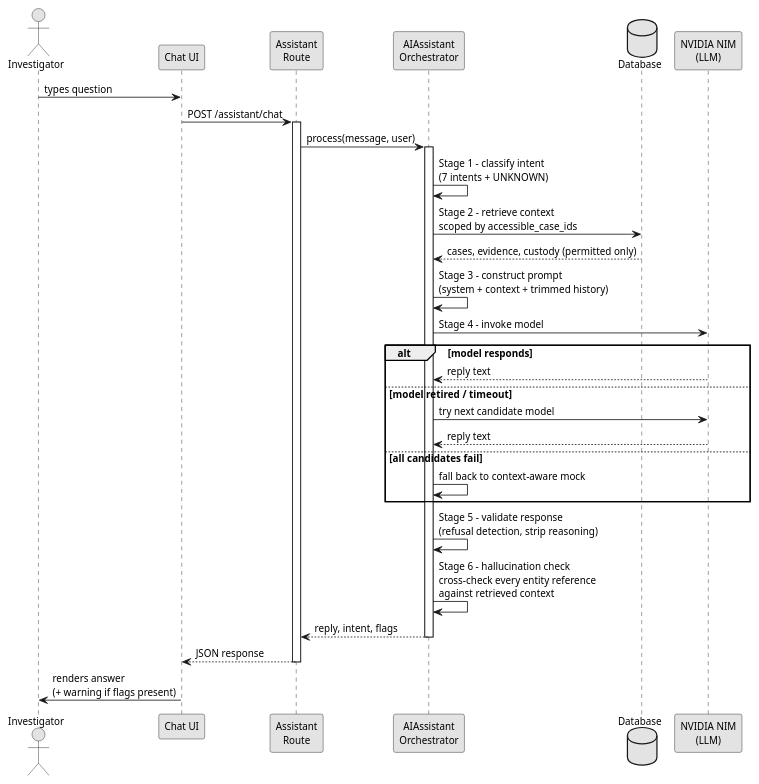
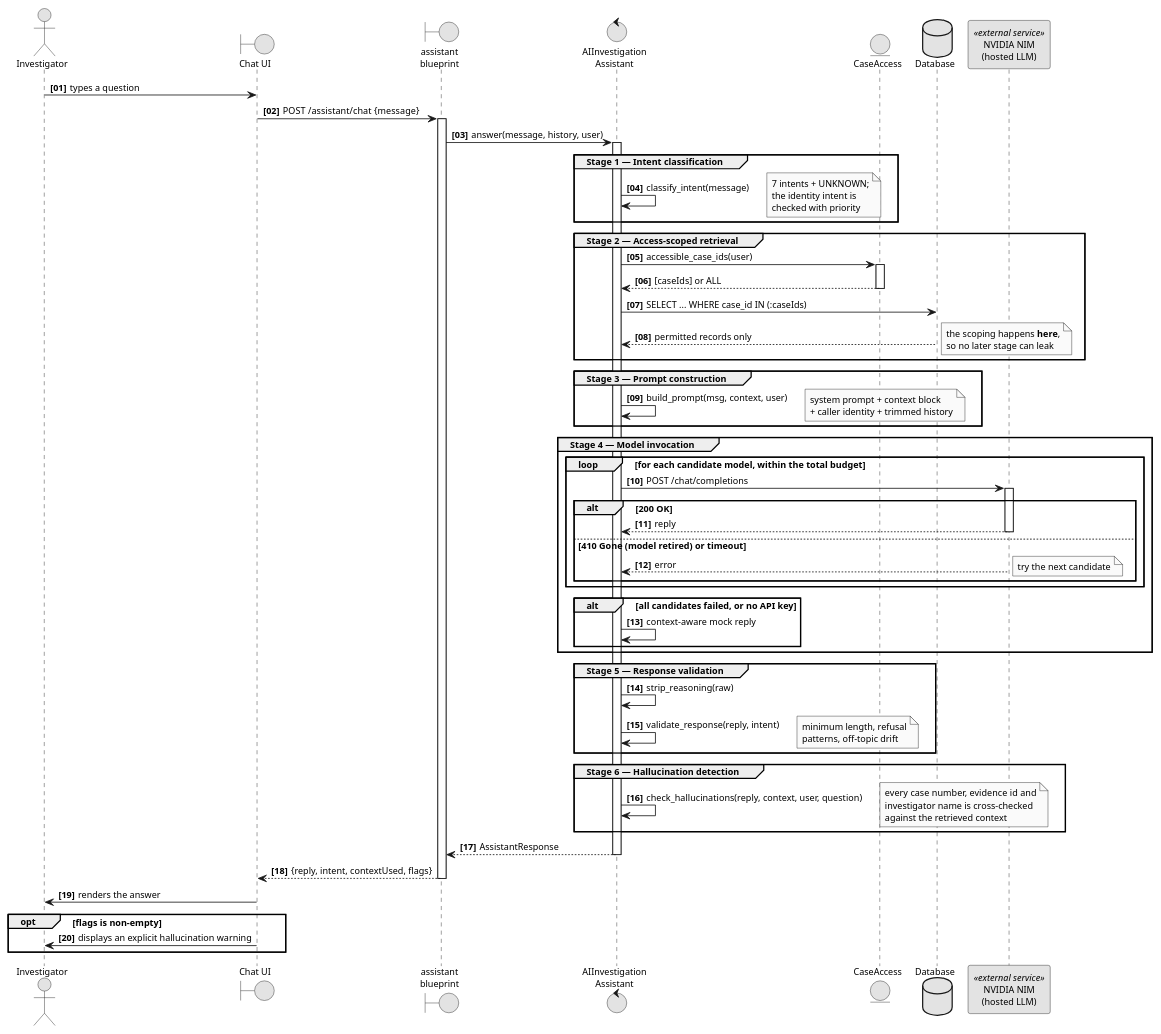
The diagram in diagrams_plantuml/06_sequence_ai.puml (vidhyaharini0/DEICMS), drawn with PlantUML before and after one commit. The commit also changed 22 other files, not shown here.

Commit message:
Rewrite all 11 UML diagrams with proper UML semantics; make class and ER diagrams genuinely distinct; add class-vs-ER comparison to Ch8

```diff
--- a/diagrams_plantuml/06_sequence_ai.puml
+++ b/diagrams_plantuml/06_sequence_ai.puml
@@ -1,48 +1,81 @@
 @startuml
 ' Figure 8.6 - Sequence Diagram: AI Assistant Orchestration Workflow
 skinparam monochrome true
 skinparam shadowing false
 skinparam defaultFontName Arial
-skinparam defaultFontSize 12
+skinparam defaultFontSize 11
 skinparam backgroundColor white
+autonumber "<b>[00]"
 
-actor Investigator
-participant "Chat UI" as UI
-participant "Assistant\nRoute" as R
-participant "AIAssistant\nOrchestrator" as A
+actor Investigator as U
+boundary "Chat UI" as UI
+boundary "assistant\nblueprint" as R
+control "AIInvestigation\nAssistant" as A
+entity "CaseAccess" as CA
 database "Database" as DB
-participant "NVIDIA NIM\n(LLM)" as LLM
+participant "NVIDIA NIM\n(hosted LLM)" as LLM <<external service>>
 
-Investigator -> UI : types question
-UI -> R : POST /assistant/chat
+U -> UI : types a question
+UI -> R : POST /assistant/chat  {message}
 activate R
-R -> A : process(message, user)
+R -> A : answer(message, history, user)
 activate A
 
-A -> A : Stage 1 - classify intent\n(7 intents + UNKNOWN)
-
-A -> DB : Stage 2 - retrieve context\nscoped by accessible_case_ids
-DB --> A : cases, evidence, custody (permitted only)
-
-A -> A : Stage 3 - construct prompt\n(system + context + trimmed history)
-
-A -> LLM : Stage 4 - invoke model
-alt model responds
-  LLM --> A : reply text
-else model retired / timeout
-  A -> LLM : try next candidate model
-  LLM --> A : reply text
-else all candidates fail
-  A -> A : fall back to context-aware mock
+group Stage 1 — Intent classification
+    A -> A : classify_intent(message)
+    note right: 7 intents + UNKNOWN;\nthe identity intent is\nchecked with priority
 end
 
-A -> A : Stage 5 - validate response\n(refusal detection, strip reasoning)
+group Stage 2 — Access-scoped retrieval
+    A -> CA : accessible_case_ids(user)
+    activate CA
+    CA --> A : [caseIds] or ALL
+    deactivate CA
+    A -> DB : SELECT ... WHERE case_id IN (:caseIds)
+    DB --> A : permitted records only
+    note right: the scoping happens <b>here</b>,\nso no later stage can leak
+end
 
-A -> A : Stage 6 - hallucination check\ncross-check every entity reference\nagainst retrieved context
+group Stage 3 — Prompt construction
+    A -> A : build_prompt(msg, context, user)
+    note right: system prompt + context block\n+ caller identity + trimmed history
+end
 
-A --> R : reply, intent, flags
+group Stage 4 — Model invocation
+    loop for each candidate model, within the total budget
+        A -> LLM : POST /chat/completions
+        activate LLM
+        alt 200 OK
+            LLM --> A : reply
+            deactivate LLM
+        else 410 Gone (model retired) or timeout
+            LLM --> A : error
+            note right: try the next candidate
+        end
+    end
+    alt all candidates failed, or no API key
+        A -> A : context-aware mock reply
+    end
+end
+
+group Stage 5 — Response validation
+    A -> A : strip_reasoning(raw)
+    A -> A : validate_response(reply, intent)
+    note right: minimum length, refusal\npatterns, off-topic drift
+end
+
+group Stage 6 — Hallucination detection
+    A -> A : check_hallucinations(reply, context, user, question)
+    note right: every case number, evidence id and\ninvestigator name is cross-checked\nagainst the retrieved context
+end
+
+A --> R : AssistantResponse
 deactivate A
-R --> UI : JSON response
+R --> UI : {reply, intent, contextUsed, flags}
 deactivate R
-UI -> Investigator : renders answer\n(+ warning if flags present)
+UI -> U : renders the answer
+
+opt flags is non-empty
+    UI -> U : displays an explicit hallucination warning
+end
 @enduml
```
